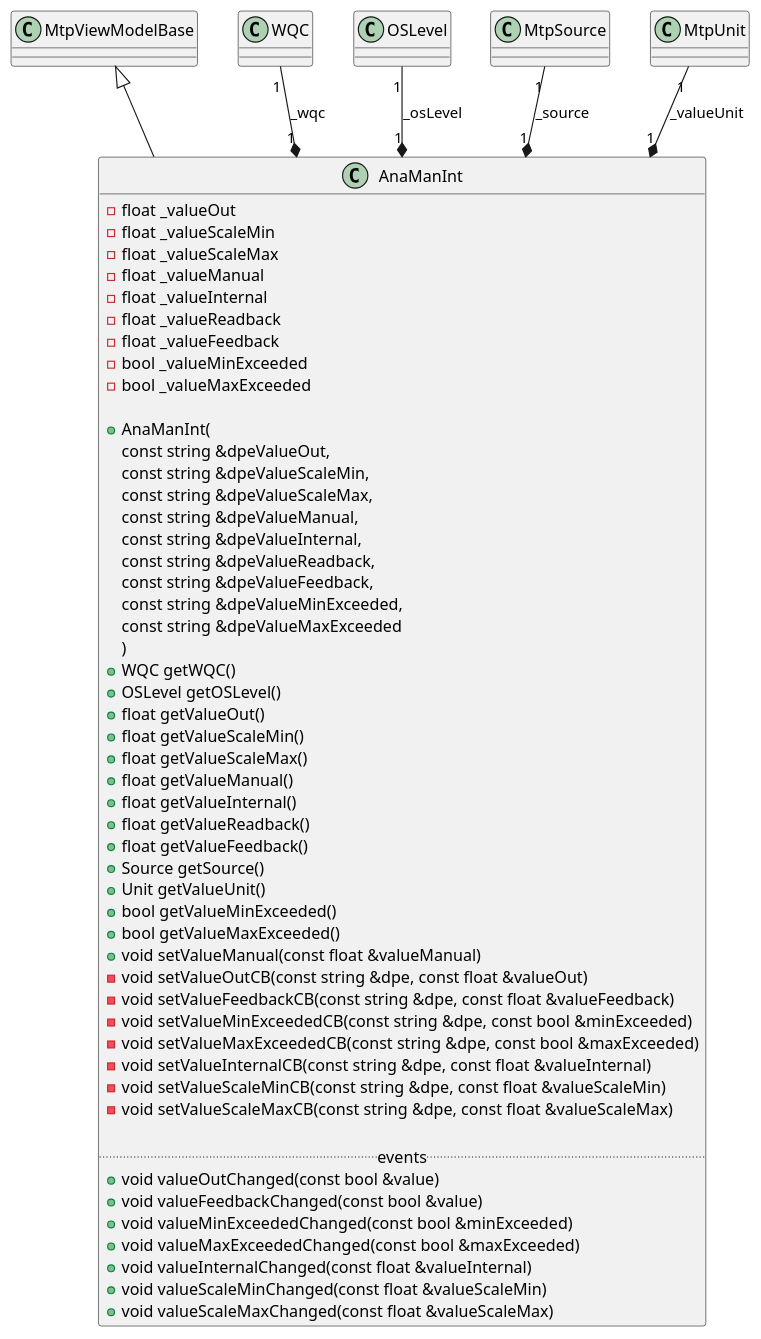
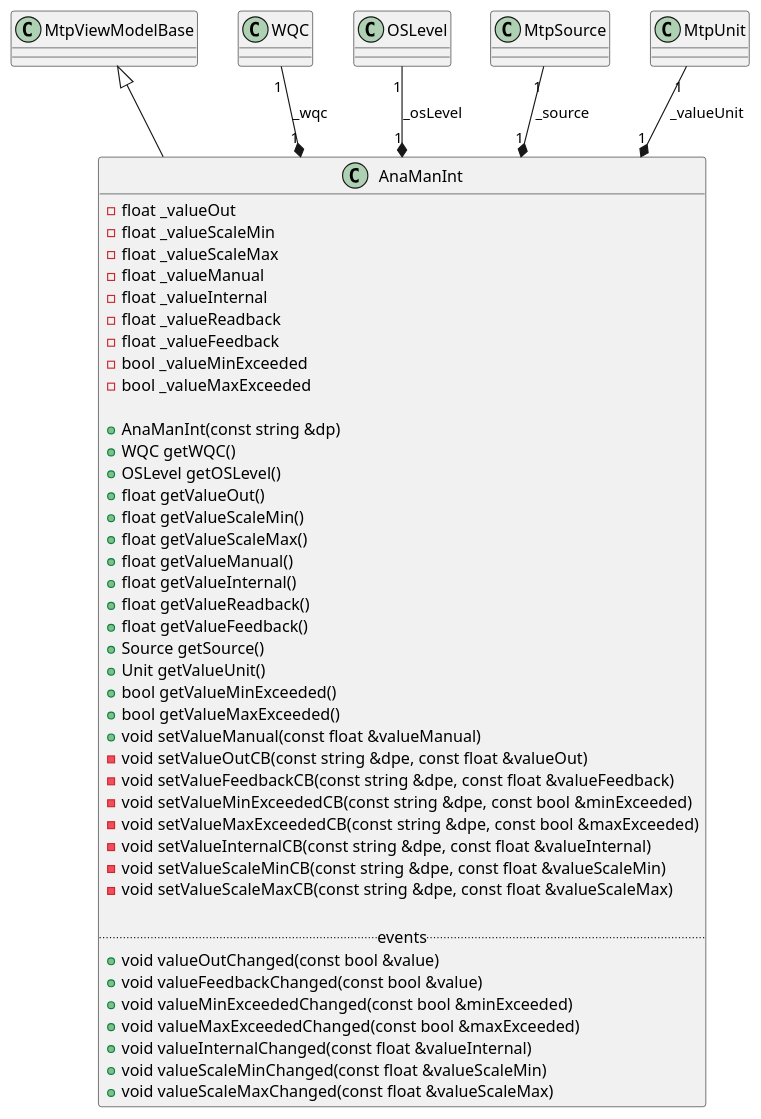
The diagram in source/Module/AnaManInt.puml (winccoa/winccoa-ae-ctrl-mtpimporter), drawn with PlantUML before and after one commit. The commit also changed 7 other files, not shown here.

Commit message:
fix: constructors of class diagrams correct again

```diff
--- a/source/Module/AnaManInt.puml
+++ b/source/Module/AnaManInt.puml
@@ -1,73 +1,63 @@
 @startuml AnaManInt
 
 class AnaManInt
 {
     - float _valueOut
     - float _valueScaleMin
     - float _valueScaleMax
     - float _valueManual
     - float _valueInternal
     - float _valueReadback
     - float _valueFeedback
     - bool _valueMinExceeded
     - bool _valueMaxExceeded
 
-    + AnaManInt(
-        const string &dpeValueOut,
-        const string &dpeValueScaleMin,
-        const string &dpeValueScaleMax,
-        const string &dpeValueManual,
-        const string &dpeValueInternal,
-        const string &dpeValueReadback,
-        const string &dpeValueFeedback,
-        const string &dpeValueMinExceeded,
-        const string &dpeValueMaxExceeded
-    )
+    + AnaManInt(const string &dp)
     + WQC getWQC()
     + OSLevel getOSLevel()
     + float getValueOut()
     + float getValueScaleMin()
     + float getValueScaleMax()
     + float getValueManual()
     + float getValueInternal()
     + float getValueReadback()
     + float getValueFeedback()
     + Source getSource()
     + Unit getValueUnit()
     + bool getValueMinExceeded()
     + bool getValueMaxExceeded()
     + void setValueManual(const float &valueManual)
     ' DPE: VOut
     - void setValueOutCB(const string &dpe, const float &valueOut)
     ' DPE: VFbk
     - void setValueFeedbackCB(const string &dpe, const float &valueFeedback)
     ' DPE: VMin
     - void setValueMinExceededCB(const string &dpe, const bool &minExceeded)
     ' DPE: VMax
     - void setValueMaxExceededCB(const string &dpe, const bool &maxExceeded)
     ' DPE: VInt
     - void setValueInternalCB(const string &dpe, const float &valueInternal)
     ' DPE: VSclMin
     - void setValueScaleMinCB(const string &dpe, const float &valueScaleMin)
     ' DPE: VSclMax
     - void setValueScaleMaxCB(const string &dpe, const float &valueScaleMax)
 
     ..events..
     + void valueOutChanged(const bool &value)
     + void valueFeedbackChanged(const bool &value)
     + void valueMinExceededChanged(const bool &minExceeded)
     + void valueMaxExceededChanged(const bool &maxExceeded)
     + void valueInternalChanged(const float &valueInternal)
     + void valueScaleMinChanged(const float &valueScaleMin)
     + void valueScaleMaxChanged(const float &valueScaleMax)
 }
 
 MtpViewModelBase <|-- AnaManInt
 WQC "1" --* "1" AnaManInt : _wqc
 OSLevel "1" --* "1" AnaManInt : _osLevel
 'DPE: SrcChannel, SrcManAut, SrcIntAut, SrcManOp, SrcIntOp, SrcManAct, SrcIntAct
 MtpSource "1" --* "1" AnaManInt : _source
 'DPE: VUnit
 MtpUnit "1" --* "1" AnaManInt : _valueUnit
 
 @enduml
```
